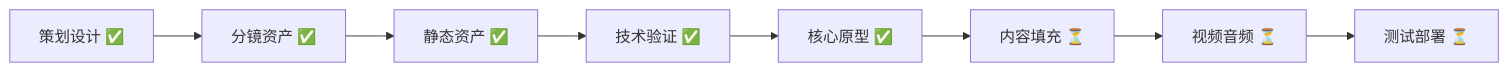
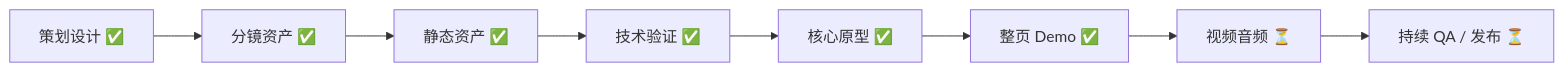
One commit to AvrovaDonz2026/KeepSilentForMe changed the diagram in README.md. Above: the diagram before and after it, drawn with Mermaid. The commit also changed other lines of this file and 5 other files, not shown here.

````diff
--- a/README.md
+++ b/README.md
@@ -344,10 +364,10 @@
 ```mermaid
 graph LR
     A[策划设计 ✅] --> B[分镜资产 ✅]
     B --> C[静态资产 ✅]
     C --> D[技术验证 ✅]
     D --> E[核心原型 ✅]
-    E --> F[内容填充 ⏳]
+    E --> F[整页 Demo ✅]
     F --> G[视频音频 ⏳]
-    G --> H[测试部署 ⏳]
+    G --> H[持续 QA / 发布 ⏳]
 ```
````
